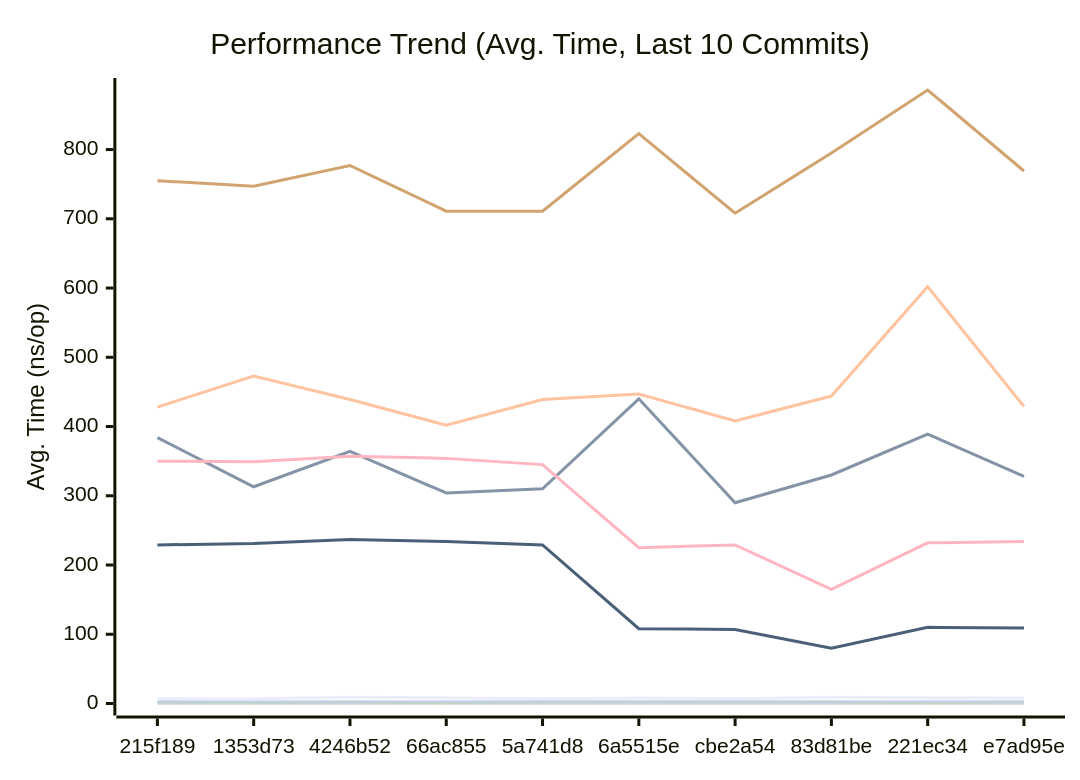
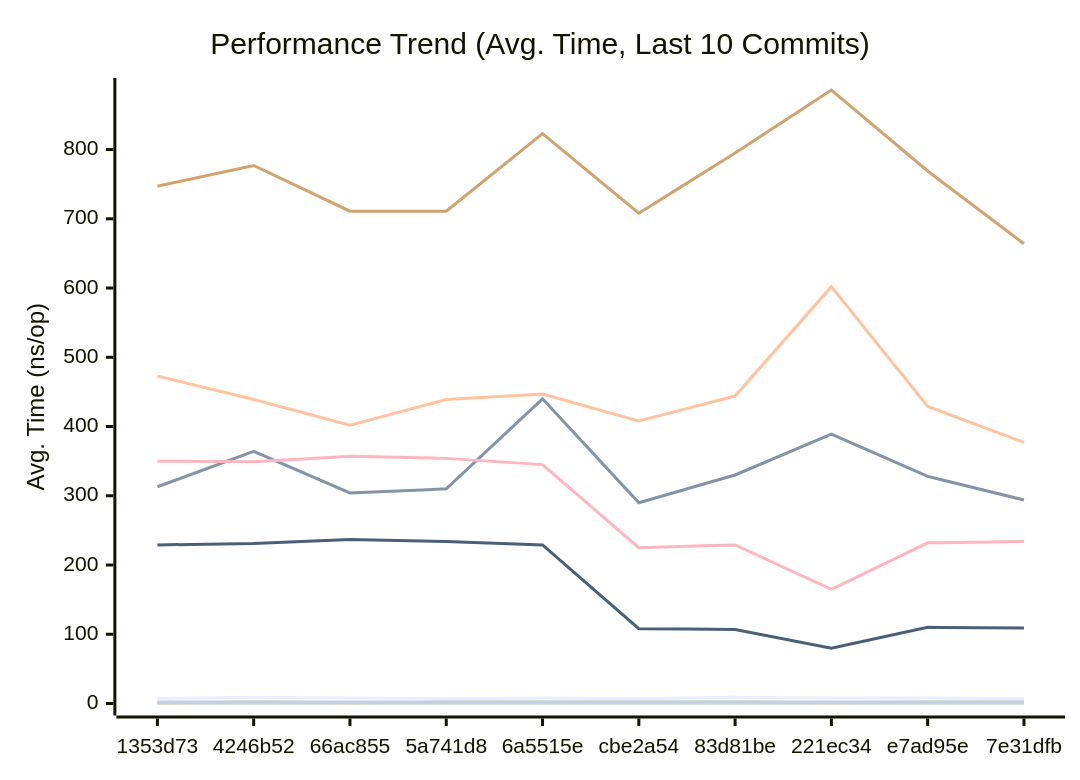
One commit to alsotoes/momo changed the first of 3 diagrams in docs/PERFORMANCE.md. Above: the diagram before and after it, drawn with Mermaid. The commit also changed other lines of this file and 2 other files, not shown here.

````diff
--- a/docs/PERFORMANCE.md
+++ b/docs/PERFORMANCE.md
@@ -80,16 +80,16 @@
 ```mermaid
 xychart-beta
     title "Performance Trend (Avg. Time, Last 10 Commits)"
     x-axis "Commit"
     y-axis "Avg. Time (ns/op)"
-    x-axis [215f189,1353d73,4246b52,66ac855,5a741d8,6a5515e,cbe2a54,83d81be,221ec34,e7ad95e]
-    line "CheckMetricsAndSwap" [7,7,9,8,7,8,7,9,8,8]
-    line "CrushOptimized" [384,313,364,304,310,440,290,330,389,328]
-    line "CrushOriginal" [428,473,439,402,439,447,408,444,602,429]
+    x-axis [1353d73,4246b52,66ac855,5a741d8,6a5515e,cbe2a54,83d81be,221ec34,e7ad95e,7e31dfb]
+    line "CheckMetricsAndSwap" [7,9,8,7,8,7,9,8,8,7]
+    line "CrushOptimized" [313,364,304,310,440,290,330,389,328,294]
+    line "CrushOriginal" [473,439,402,439,447,408,444,602,429,377]
     line "IndexDirectTracking" [0,0,0,0,0,0,0,0,0,0]
-    line "IndexSearch" [2,1,2,1,2,2,2,2,1,2]
-    line "LoadGlobalConfig" [755,747,777,711,711,823,708,795,886,769]
+    line "IndexSearch" [1,2,1,2,2,2,2,1,2,2]
+    line "LoadGlobalConfig" [747,777,711,711,823,708,795,886,769,664]
     line "PadString" [2,2,2,2,2,2,2,2,2,2]
     line "ParseReplicationOrder_NoPrealloc" [350,349,357,354,345,225,229,165,232,234]
     line "ParseReplicationOrder_Prealloc" [229,231,237,234,229,108,107,80,110,109]
 ```
````
